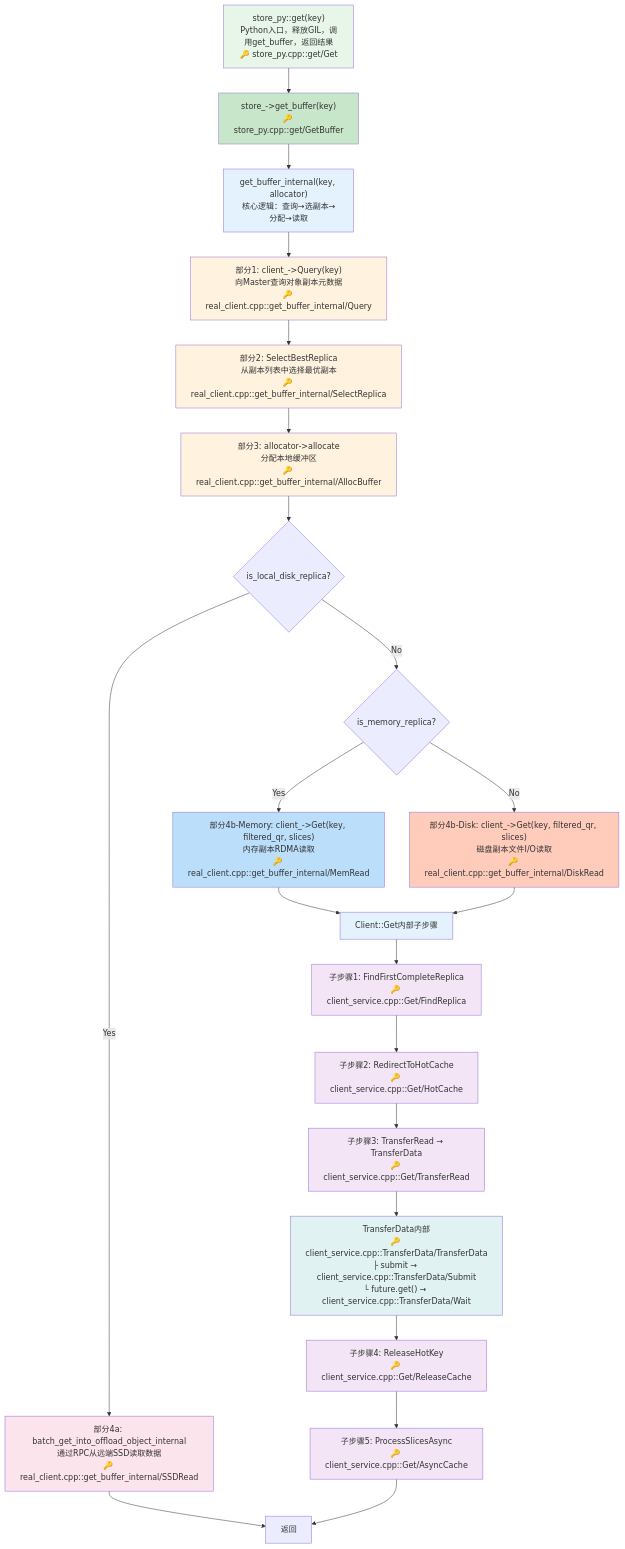
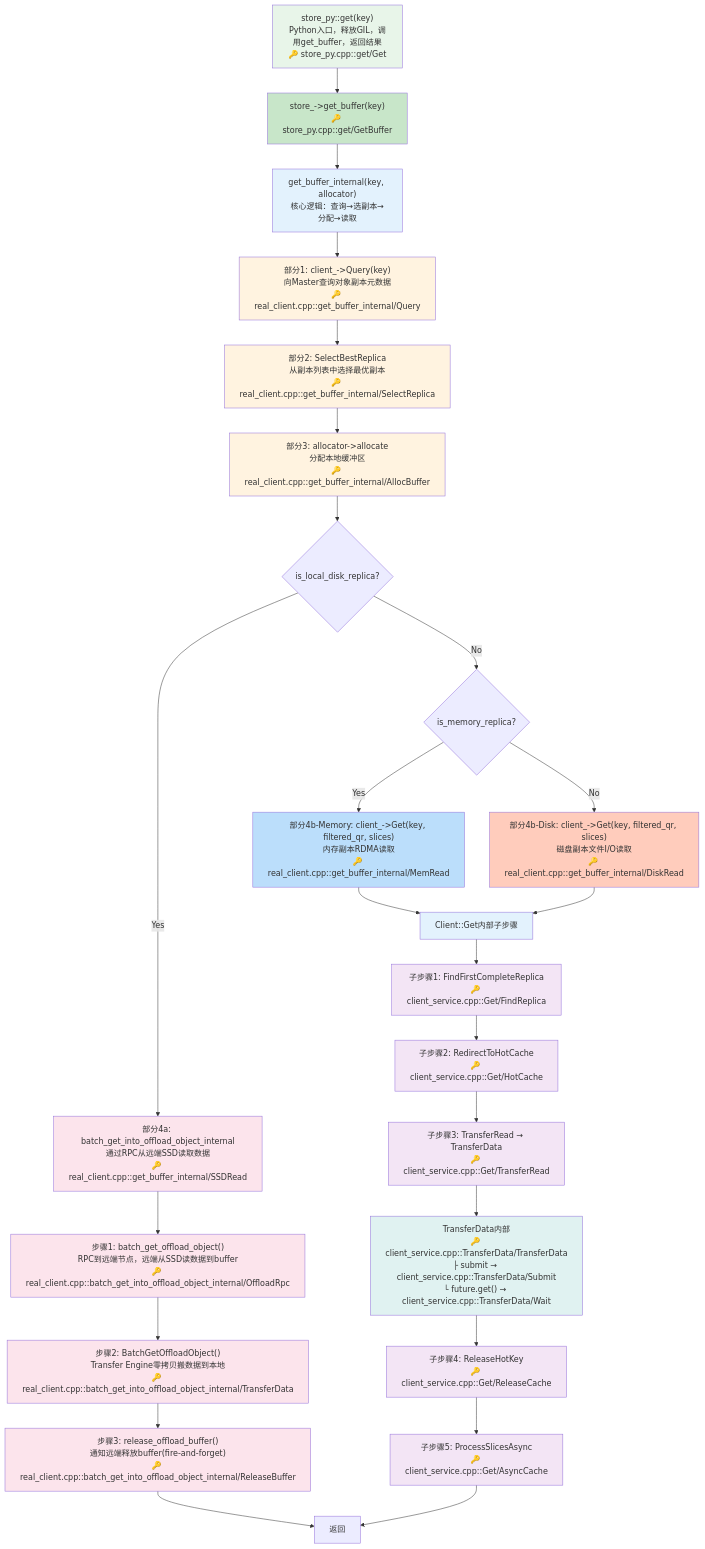
Before and after one commit to liangxu2000/Mooncake: the first of 4 diagrams in docs/yh/pipline.md, drawn with Mermaid. The commit also changed other lines of this file and 2 other files, not shown here.

Commit message:
perf(monitoring): 为SSD读取子步骤添加性能监控点
在 batch_get_into_offload_object_internal 函数中添加三个性能监控点，用于跟踪SSD读取操作的各子阶段耗时：
1. GET_SSD_OFFLOAD_RPC: 测量远端RPC调用时间
2. GET_SSD_TRANSFER_DATA: 测量数据传输时间
3. GET_SSD_RELEASE_BUFFER: 测量缓冲区释放时间

同时更新相关文档，在流程图中明确标注这三个子步骤。

````diff
--- a/docs/yh/pipline.md
+++ b/docs/yh/pipline.md
@@ -5,48 +5,54 @@
 ```mermaid
 flowchart TB
     Start["store_py::get(key)<br/>Python入口，释放GIL，调用get_buffer，返回结果<br/>🔑 store_py.cpp::get/Get"] --> GetBufferCall["store_->get_buffer(key)<br/>🔑 store_py.cpp::get/GetBuffer"]
 
     GetBufferCall --> Internal["get_buffer_internal(key, allocator)<br/>核心逻辑：查询→选副本→分配→读取<br/>"]
 
     Internal --> QueryPart["部分1: client_->Query(key)<br/>向Master查询对象副本元数据<br/>🔑 real_client.cpp::get_buffer_internal/Query"]
     QueryPart --> SelectPart["部分2: SelectBestReplica<br/>从副本列表中选择最优副本<br/>🔑 real_client.cpp::get_buffer_internal/SelectReplica"]
     SelectPart --> AllocPart["部分3: allocator->allocate<br/>分配本地缓冲区<br/>🔑 real_client.cpp::get_buffer_internal/AllocBuffer"]
 
     AllocPart --> CheckDisk{is_local_disk_replica?}
 
     CheckDisk -->|Yes| SSDPart["部分4a: batch_get_into_offload_object_internal<br/>通过RPC从远端SSD读取数据<br/>🔑 real_client.cpp::get_buffer_internal/SSDRead"]
-    SSDPart --> Done["返回"]
+    SSDPart --> SSDRpc["步骤1: batch_get_offload_object()<br/>RPC到远端节点，远端从SSD读数据到buffer<br/>🔑 real_client.cpp::batch_get_into_offload_object_internal/OffloadRpc"]
+    SSDRpc --> SSDTransfer["步骤2: BatchGetOffloadObject()<br/>Transfer Engine零拷贝搬数据到本地<br/>🔑 real_client.cpp::batch_get_into_offload_object_internal/TransferData"]
+    SSDTransfer --> SSDRelease["步骤3: release_offload_buffer()<br/>通知远端释放buffer(fire-and-forget)<br/>🔑 real_client.cpp::batch_get_into_offload_object_internal/ReleaseBuffer"]
+    SSDRelease --> Done["返回"]
 
     CheckDisk -->|No| ReadType{is_memory_replica?}
 
     ReadType -->|Yes| MemRead["部分4b-Memory: client_->Get(key, filtered_qr, slices)<br/>内存副本RDMA读取<br/>🔑 real_client.cpp::get_buffer_internal/MemRead"]
     ReadType -->|No| DiskRead["部分4b-Disk: client_->Get(key, filtered_qr, slices)<br/>磁盘副本文件I/O读取<br/>🔑 real_client.cpp::get_buffer_internal/DiskRead"]
 
     MemRead --> ClientGetSub["Client::Get内部子步骤<br/>"]
     DiskRead --> ClientGetSub
 
     ClientGetSub --> FindReplica["子步骤1: FindFirstCompleteReplica<br/>🔑 client_service.cpp::Get/FindReplica"]
     FindReplica --> HotCache["子步骤2: RedirectToHotCache<br/>🔑 client_service.cpp::Get/HotCache"]
     HotCache --> TransferRead["子步骤3: TransferRead → TransferData<br/>🔑 client_service.cpp::Get/TransferRead"]
     TransferRead --> TransferDetail["TransferData内部<br/>🔑 client_service.cpp::TransferData/TransferData<br/>├ submit → client_service.cpp::TransferData/Submit<br/>└ future.get() → client_service.cpp::TransferData/Wait"]
     TransferDetail --> ReleaseCache["子步骤4: ReleaseHotKey<br/>🔑 client_service.cpp::Get/ReleaseCache"]
     ReleaseCache --> AsyncUpdate["子步骤5: ProcessSlicesAsync<br/>🔑 client_service.cpp::Get/AsyncCache"]
     AsyncUpdate --> Done
 
     style Start fill:#e8f5e9
     style GetBufferCall fill:#c8e6c9
     style Internal fill:#e3f2fd
     style QueryPart fill:#fff3e0
     style SelectPart fill:#fff3e0
     style AllocPart fill:#fff3e0
     style SSDPart fill:#fce4ec
+    style SSDRpc fill:#fce4ec
+    style SSDTransfer fill:#fce4ec
+    style SSDRelease fill:#fce4ec
     style MemRead fill:#bbdefb
     style DiskRead fill:#ffccbc
     style ClientGetSub fill:#e3f2fd
     style FindReplica fill:#f3e5f5
     style HotCache fill:#f3e5f5
     style TransferRead fill:#f3e5f5
     style TransferDetail fill:#e0f2f1
     style ReleaseCache fill:#f3e5f5
     style AsyncUpdate fill:#f3e5f5
 ```
````
